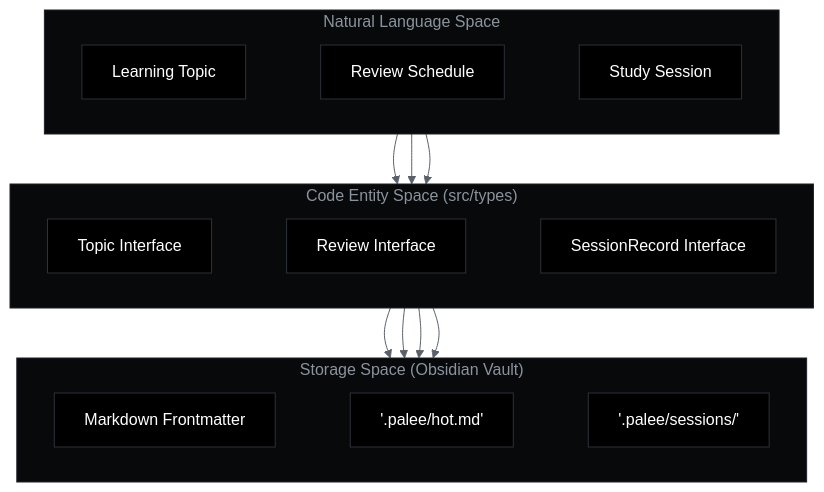
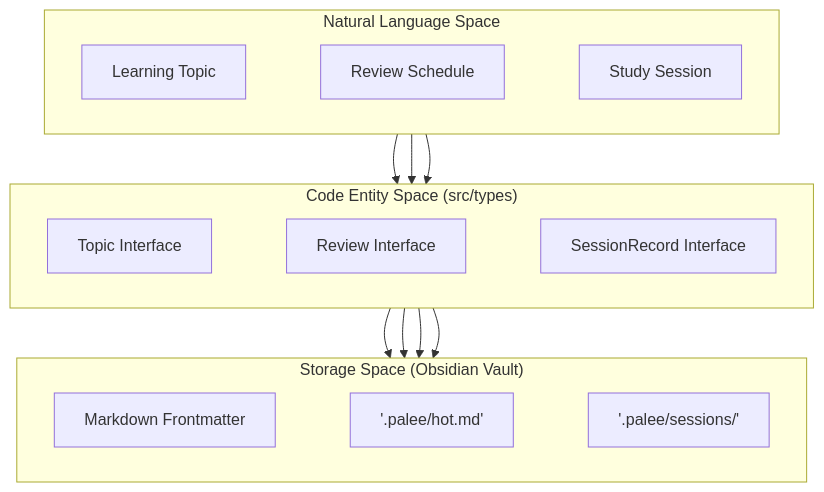
Before and after one commit to Kuldeep2822k/cli: the first of 2 diagrams in docs/01-0-overview.md, drawn with Mermaid. The commit also changed other lines of this file and 4 other files, not shown here.

First line of the commit message:
docs: render Mermaid diagrams like GitHub's dark preview

````diff
--- a/docs/01-0-overview.md
+++ b/docs/01-0-overview.md
@@ -58,66 +58,35 @@
 ```mermaid
-%%{init: {
-  'theme': 'base',
-  'themeVariables': {
-    'background': '#000000',
-    'primaryColor': '#000000',
-    'primaryTextColor': '#e0e0e0',
-    'primaryBorderColor': '#2d3139',
-    'lineColor': '#5a606b',
-    'secondaryColor': '#000000',
-    'tertiaryColor': '#000000',
-    'clusterBkg': '#0a0b0d',
-    'clusterBorder': '#1e2128',
-    'titleColor': '#8b949e',
-    'edgeLabelBackground': '#000000',
-    'fontFamily': 'Inter, system-ui, sans-serif'
-  }
-}}%%
 flowchart TD
     subgraph NLSpace ["Natural Language Space"]
         direction LR
         LT["Learning Topic"]
         RS["Review Schedule"]
         SS["Study Session"]
         LT ~~~ RS ~~~ SS
     end
 
     subgraph CodeSpace ["Code Entity Space (src/types)"]
         direction LR
         TI["Topic Interface"]
         RI["Review Interface"]
         SRI["SessionRecord Interface"]
         TI ~~~ RI ~~~ SRI
     end
 
     subgraph StorageSpace ["Storage Space (Obsidian Vault)"]
         direction LR
         MF["Markdown Frontmatter"]
         Hot["'.palee/hot.md'"]
         Sessions["'.palee/sessions/'"]
         MF ~~~ Hot ~~~ Sessions
     end
 
     LT --> TI
     RS --> RI
     SS --> SRI
 
     TI --> MF
     RI --> MF
     SRI --> Hot
     SRI --> Sessions
-
-    style NLSpace fill:#08090b,stroke:#1e2128,stroke-width:1px,color:#8b949e
-    style CodeSpace fill:#08090b,stroke:#1e2128,stroke-width:1px,color:#8b949e
-    style StorageSpace fill:#08090b,stroke:#1e2128,stroke-width:1px,color:#8b949e
-
-    style LT fill:#000000,stroke:#2d3139,stroke-width:1px,color:#ffffff
-    style RS fill:#000000,stroke:#2d3139,stroke-width:1px,color:#ffffff
-    style SS fill:#000000,stroke:#2d3139,stroke-width:1px,color:#ffffff
-    style TI fill:#000000,stroke:#2d3139,stroke-width:1px,color:#ffffff
-    style RI fill:#000000,stroke:#2d3139,stroke-width:1px,color:#ffffff
-    style SRI fill:#000000,stroke:#2d3139,stroke-width:1px,color:#ffffff
-    style MF fill:#000000,stroke:#2d3139,stroke-width:1px,color:#ffffff
-    style Hot fill:#000000,stroke:#2d3139,stroke-width:1px,color:#ffffff
-    style Sessions fill:#000000,stroke:#2d3139,stroke-width:1px,color:#ffffff
 ```
````
